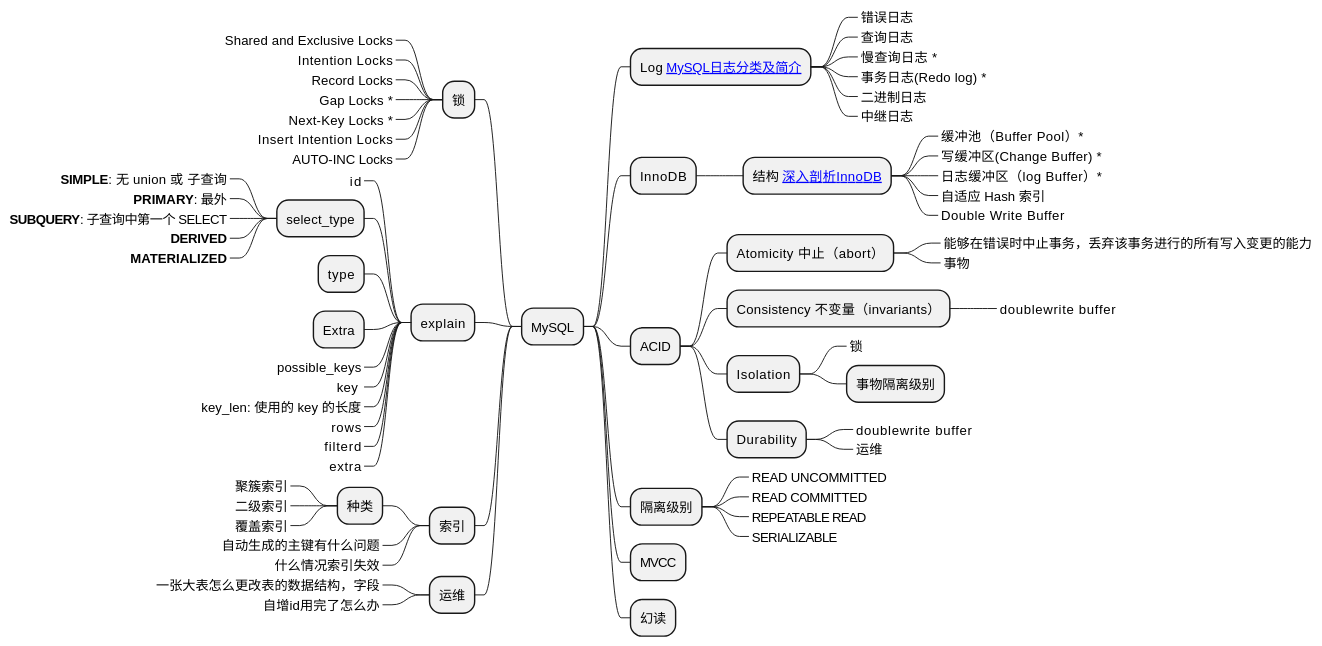
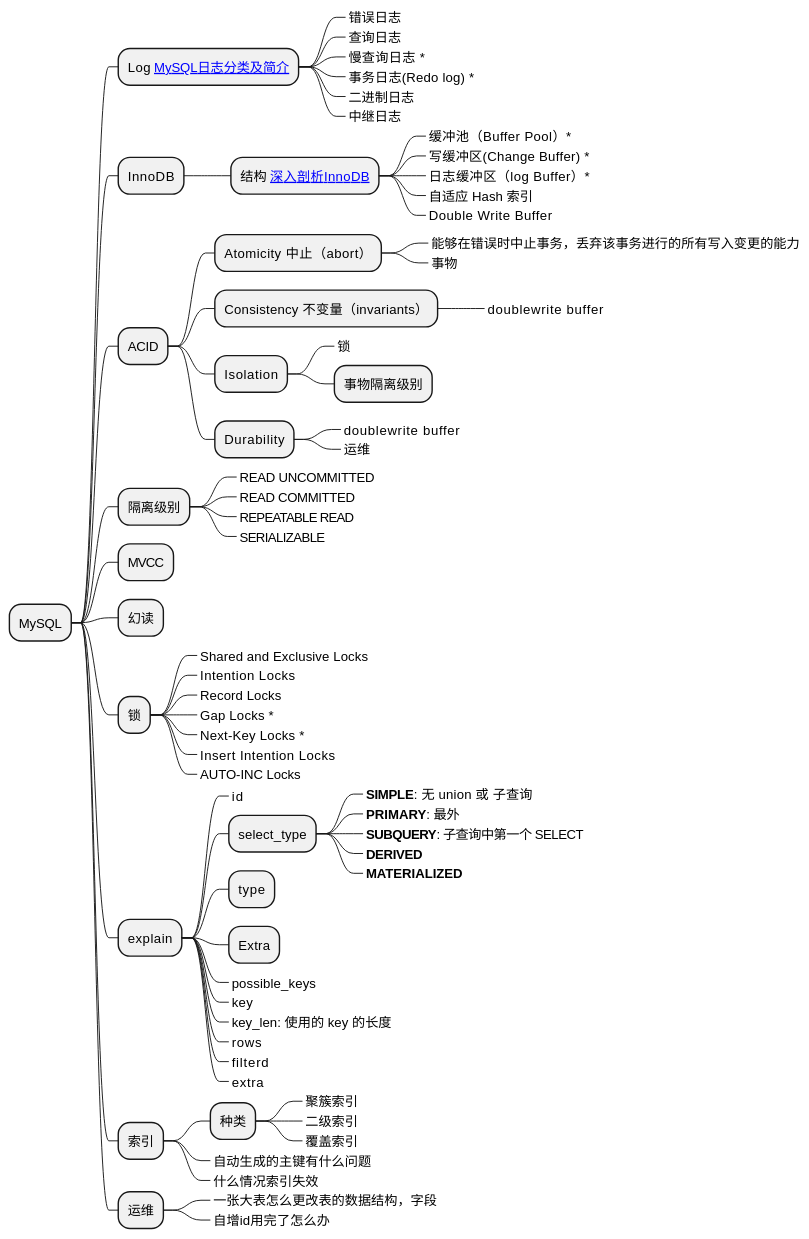
The third of 11 diagrams in _posts/2021-05-27-查漏补缺.md (Gh0st99/Gh0st99.github.io), drawn with PlantUML before and after one commit. The commit also changed other lines of this file and 5 other files, not shown here.

```diff
--- a/_posts/2021-05-27-查漏补缺.md
+++ b/_posts/2021-05-27-查漏补缺.md
@@ -343,7 +367,6 @@
 ** MVCC
 ** 幻读
 
-left side
 
 ** 锁
 ***_ Shared and Exclusive Locks
```
